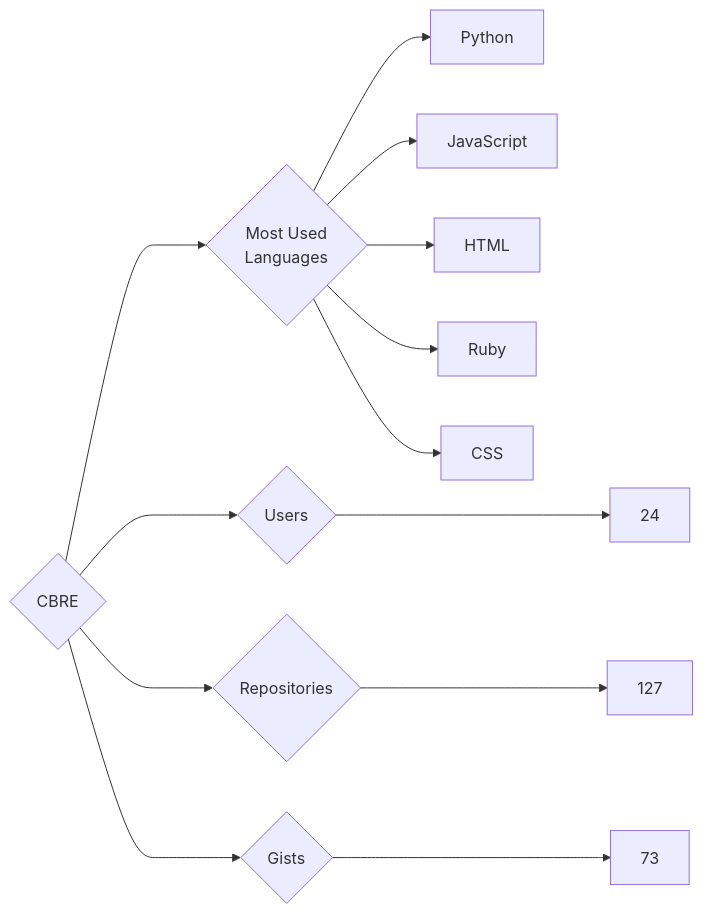
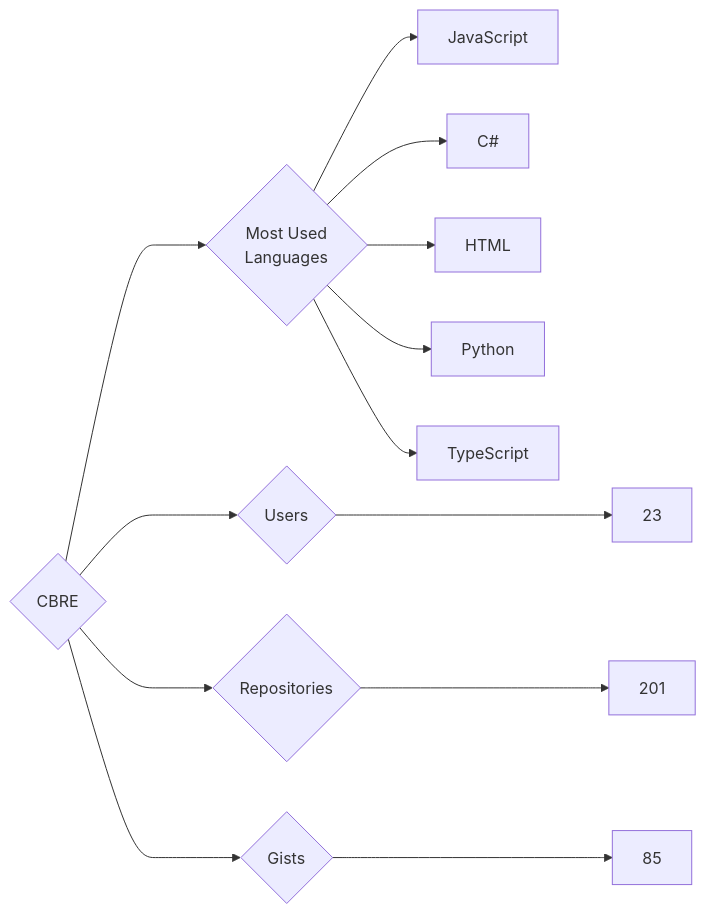
The diagram in targets/CBRE/README.md (trickest/insiders), drawn with Mermaid before and after one commit. The commit also changed 914 other files, not shown here.

````diff
--- a/targets/CBRE/README.md
+++ b/targets/CBRE/README.md
@@ -3,13 +3,13 @@
 ```mermaid
 graph LR
 COMPANY_NAME{CBRE}
-COMPANY_NAME ---> U{Users} ---> UN[24]
-COMPANY_NAME ---> R{Repositories} ---> RN[127]
-COMPANY_NAME ---> G{Gists} ---> GN[73]
+COMPANY_NAME ---> U{Users} ---> UN[23]
+COMPANY_NAME ---> R{Repositories} ---> RN[201]
+COMPANY_NAME ---> G{Gists} ---> GN[85]
 COMPANY_NAME ---> ML{Most Used<br>Languages}
+ML --> JavaScript[JavaScript]
+ML --> C#[C#]
+ML --> HTML[HTML]
 ML --> Python[Python]
-ML --> JavaScript[JavaScript]
-ML --> HTML[HTML]
-ML --> Ruby[Ruby]
-ML --> CSS[CSS]
+ML --> TypeScript[TypeScript]
 ```
````
